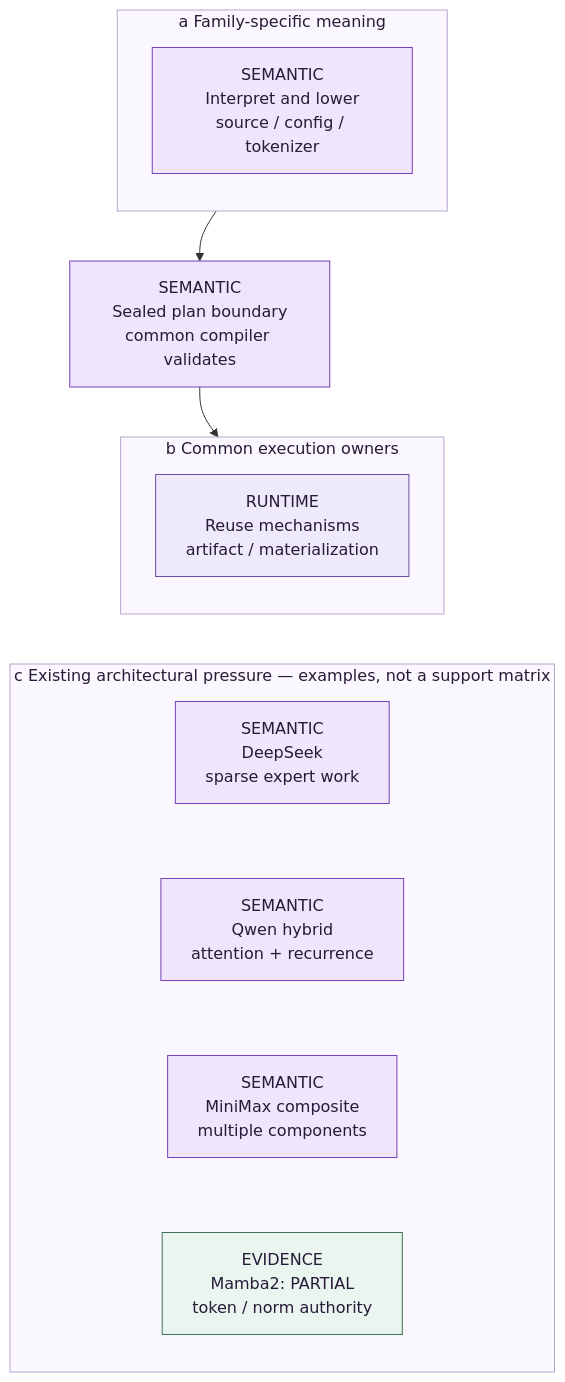
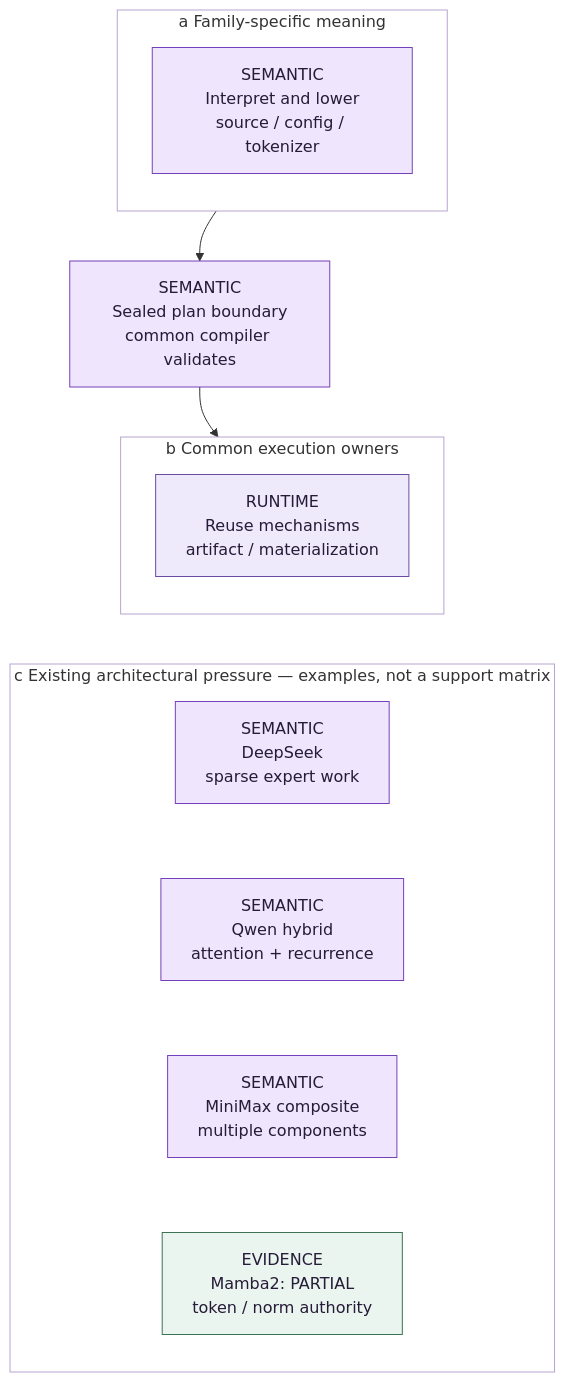
Before and after one commit to yailabs/yvex: the diagram in docs/model-families/integration.md, drawn with Mermaid. The commit also changed 18 other files, not shown here.

Commit message:
fix(docs): remove opaque diagram group backgrounds

````diff
--- a/docs/model-families/integration.md
+++ b/docs/model-families/integration.md
@@ -40,35 +40,35 @@
 ```mermaid
 %% yvex-figure: family_boundary
 %%{init: {"themeVariables": {"background": "transparent"}}}%%
 flowchart TB
   n_sealed["SEMANTIC<br/>Sealed plan boundary<br/>common compiler validates"]:::semantic
   subgraph n_panel_0["a  Family-specific meaning"]
     direction TB
   n_family["SEMANTIC<br/>Interpret and lower<br/>source / config / tokenizer"]:::semantic
   end
   subgraph n_panel_1["b  Common execution owners"]
     direction TB
   n_generic["RUNTIME<br/>Reuse mechanisms<br/>artifact / materialization"]:::runtime
   end
   subgraph n_panel_2["c  Existing architectural pressure — examples, not a support matrix"]
     direction TB
   n_deepseek["SEMANTIC<br/>DeepSeek<br/>sparse expert work"]:::semantic
   n_qwen["SEMANTIC<br/>Qwen hybrid<br/>attention + recurrence"]:::semantic
   n_minimax["SEMANTIC<br/>MiniMax composite<br/>multiple components"]:::semantic
   n_mamba["EVIDENCE<br/>Mamba2: PARTIAL<br/>token / norm authority"]:::evidence
   n_deepseek ~~~ n_qwen ~~~ n_minimax ~~~ n_mamba
   end
   n_family --> n_sealed
   n_sealed --> n_generic
   n_panel_0 ~~~ n_panel_1 ~~~ n_panel_2
   classDef semantic fill:#efe5fc,stroke:#7541ba,color:#261b38
   classDef physical fill:#f4effb,stroke:#8054b2,color:#261b38
   classDef runtime fill:#eeeafb,stroke:#6a4ca3,color:#261b38
   classDef mutable fill:#fff3db,stroke:#8e6920,color:#261b38
   classDef interface fill:#edf3fb,stroke:#456789,color:#261b38
   classDef external fill:#f2f2f4,stroke:#707078,color:#261b38
   classDef evidence fill:#eaf5ef,stroke:#3d7255,color:#261b38
-  style n_panel_0 fill:#faf8fe,stroke:#b8a5d0,color:#261b38
-  style n_panel_1 fill:#faf8fe,stroke:#b8a5d0,color:#261b38
-  style n_panel_2 fill:#faf8fe,stroke:#b8a5d0,color:#261b38
+  style n_panel_0 fill:transparent,stroke:#b8a5d0
+  style n_panel_1 fill:transparent,stroke:#b8a5d0
+  style n_panel_2 fill:transparent,stroke:#b8a5d0
 ```
````
